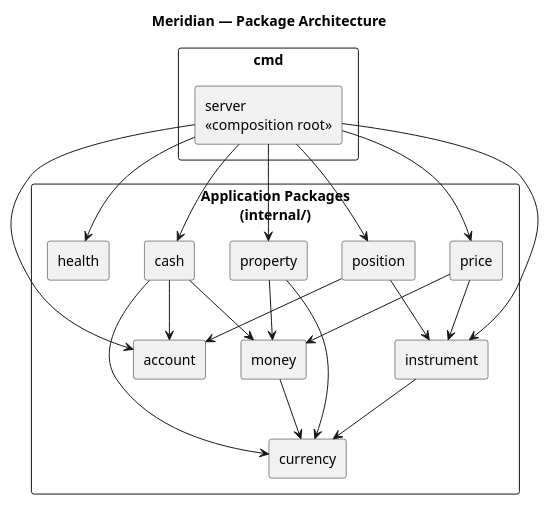
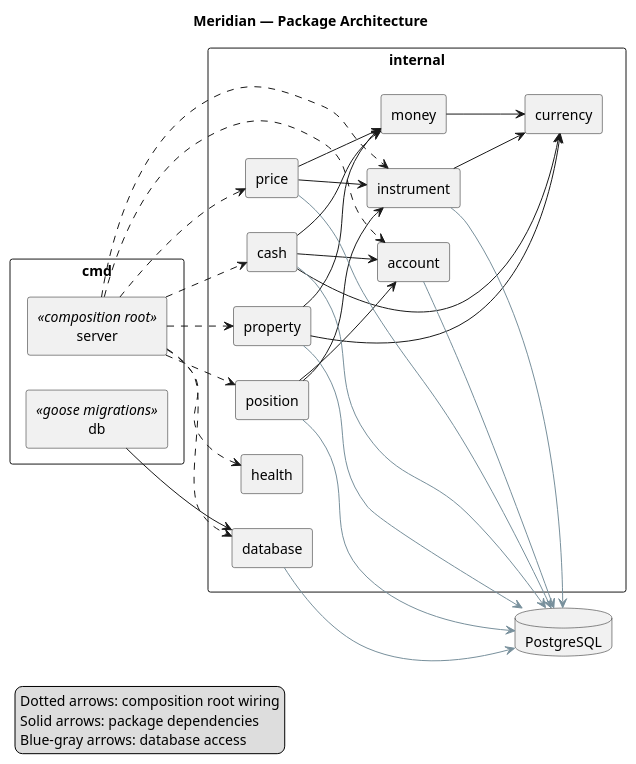
The diagram in docs/backend_architecture.puml (mgwinsor/meridian), drawn with PlantUML before and after one commit. The commit also changed 64 other files, not shown here.

Commit message:
add: data persistence via PostgreSQL

```diff
--- a/docs/backend_architecture.puml
+++ b/docs/backend_architecture.puml
@@ -1,52 +1,88 @@
 @startuml
 
 title Meridian — Package Architecture
 
+left to right direction
+
 skinparam componentStyle rectangle
 skinparam packageStyle rectangle
-' skinparam linetype ortho
+skinparam shadowing false
+skinparam nodesep 35
+skinparam ranksep 55
+
 
 package "cmd" {
-    component "server\n<<composition root>>" as Server
+    component "server" as Server <<composition root>>
+    component "db" as DBCommand <<goose migrations>>
 }
 
-package "Application Packages\n(internal/)" {
-    component "account" as Account
-    component "cash" as Cash
-    component "property" as Property
-    component "instrument" as Instrument
-    component "position" as Position
-    component "price" as Price
-    component "money" as Money
-    component "currency" as Currency
-    component "health" as Health
+package "internal" {
+    together {
+        component "account" as Account
+        component "cash" as Cash
+        component "property" as Property
+        component "instrument" as Instrument
+        component "position" as Position
+        component "price" as Price
+    }
+
+    together {
+        component "money" as Money
+        component "currency" as Currency
+    }
+
+    together {
+        component "health" as Health
+        component "database" as Database
+    }
 }
 
-' Composition root
-Server --> Account
-Server --> Cash
-Server --> Health
-Server --> Property
-Server --> Instrument
-Server --> Position
-Server --> Price
+database "PostgreSQL" as Postgres
+
+' Composition root wiring
+Server ..> Account
+Server ..> Cash
+Server ..> Property
+Server ..> Instrument
+Server ..> Position
+Server ..> Price
+Server ..> Health
+Server ..> Database
+
+' Command dependencies
+DBCommand --> Database
 
 ' Internal package dependencies
 Cash --> Account
 Cash --> Money
 Cash --> Currency
 
 Property --> Money
 Property --> Currency
 
-Money --> Currency
-
 Instrument --> Currency
 
 Position --> Account
 Position --> Instrument
 
 Price --> Instrument
 Price --> Money
 
+Money --> Currency
+
+' Database access
+Database -[#78909C]-> Postgres
+Account -[#78909C]-> Postgres
+Cash -[#78909C]-> Postgres
+Property -[#78909C]-> Postgres
+Instrument -[#78909C]-> Postgres
+Position -[#78909C]-> Postgres
+Price -[#78909C]-> Postgres
+
+legend bottom left
+    Dotted arrows: composition root wiring
+    Solid arrows: package dependencies
+    Blue-gray arrows: database access
+endlegend
+
 @enduml
```
